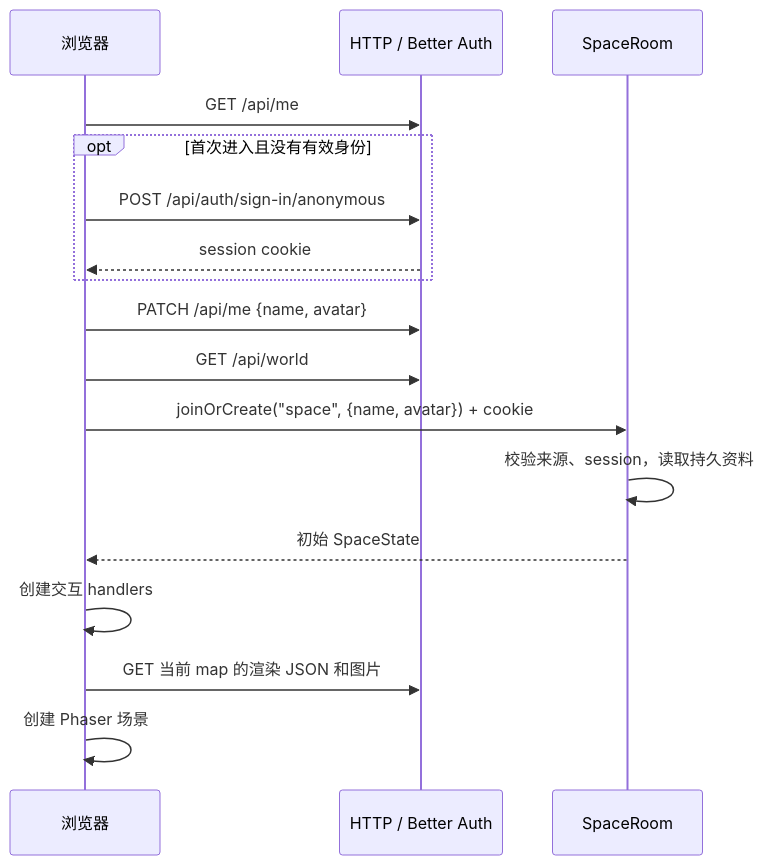
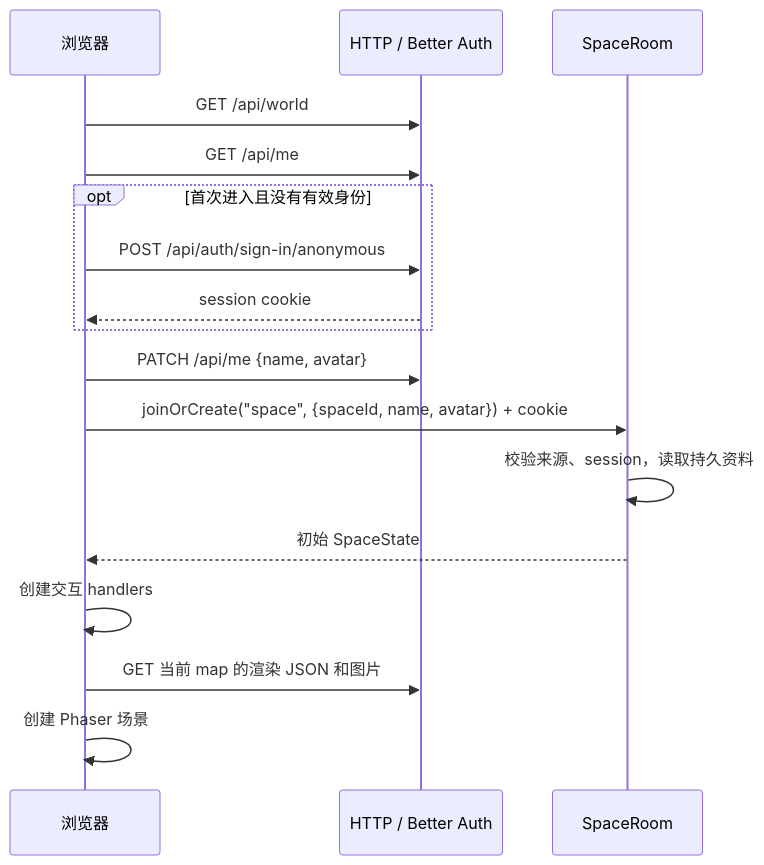
One commit to CarbonC39/Impartation changed the second of 2 diagrams in docs/architecture.md. Above: the diagram before and after it, drawn with Mermaid. The commit also changed other lines of this file and 31 other files, not shown here.

````diff
--- a/docs/architecture.md
+++ b/docs/architecture.md
@@ -62,19 +62,19 @@
 ```mermaid
 sequenceDiagram
     participant UI as 浏览器
     participant API as HTTP / Better Auth
     participant Room as SpaceRoom
+    UI->>API: GET /api/world
     UI->>API: GET /api/me
     opt 首次进入且没有有效身份
         UI->>API: POST /api/auth/sign-in/anonymous
         API-->>UI: session cookie
     end
     UI->>API: PATCH /api/me {name, avatar}
-    UI->>API: GET /api/world
-    UI->>Room: joinOrCreate("space", {name, avatar}) + cookie
+    UI->>Room: joinOrCreate("space", {spaceId, name, avatar}) + cookie
     Room->>Room: 校验来源、session，读取持久资料
     Room-->>UI: 初始 SpaceState
     UI->>UI: 创建交互 handlers
     UI->>API: GET 当前 map 的渲染 JSON 和图片
     UI->>UI: 创建 Phaser 场景
 ```
````
